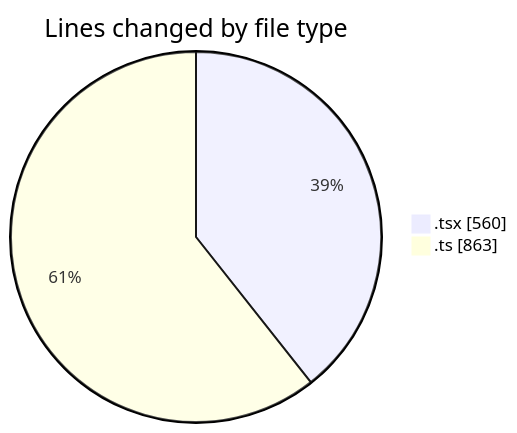
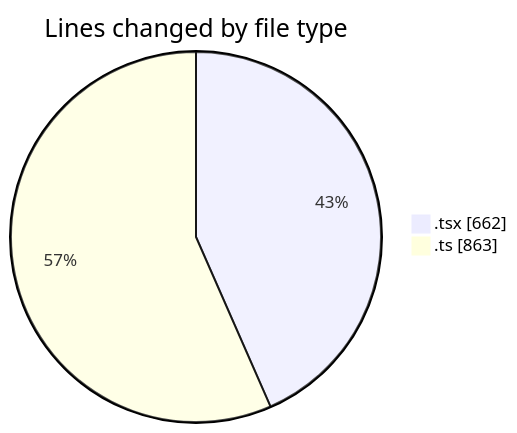
Before and after one commit to lephambinh05/code-tracking: the first of 2 diagrams in 2025-09-05/hiai-phf/README.md, drawn with Mermaid. The commit also changed other lines of this file and 1 other file, not shown here.

````diff
--- a/2025-09-05/hiai-phf/README.md
+++ b/2025-09-05/hiai-phf/README.md
@@ -33,6 +34,6 @@
 ```mermaid
 pie showData
 title Lines changed by file type
-".tsx" : 560
+".tsx" : 662
 ".ts" : 863
 ```
````
